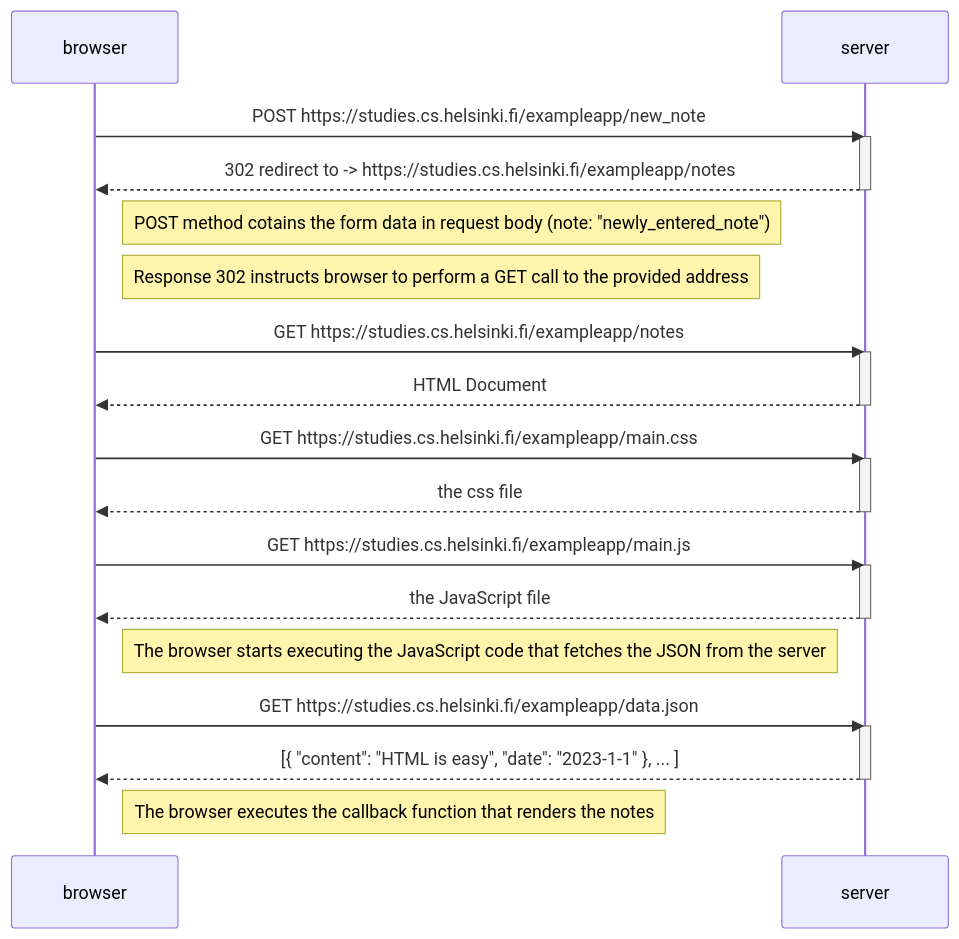
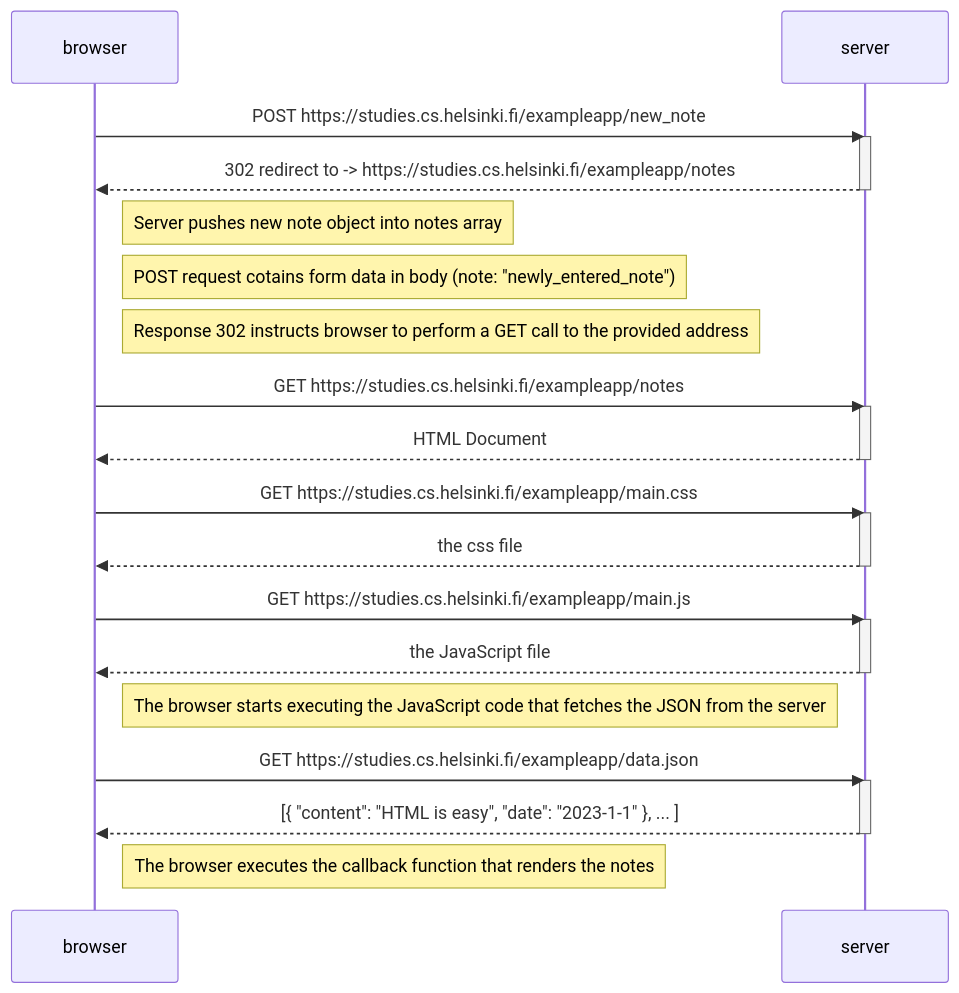
Before and after one commit to po8po9/fullstackopen_mazzarella: the diagram in part0/new_notes_diagram.md, drawn with Mermaid.

Commit message:
Update new_notes_diagram.md
details added regarding server push to notes array

````diff
--- a/part0/new_notes_diagram.md
+++ b/part0/new_notes_diagram.md
@@ -1,37 +1,38 @@
 ```mermaid
 sequenceDiagram
     participant browser
     participant server
 
     browser->>server: POST https://studies.cs.helsinki.fi/exampleapp/new_note
     activate server
     server-->>browser: 302 redirect to -> https://studies.cs.helsinki.fi/exampleapp/notes
     deactivate server
 
-    Note right of browser: POST method cotains the form data in request body (note: "newly_entered_note")
+    Note right of browser: Server pushes new note object into notes array
+    Note right of browser: POST request  cotains form data in body (note: "newly_entered_note")
     Note right of browser: Response 302 instructs browser to perform a GET call to the provided address
 
     browser->>server: GET https://studies.cs.helsinki.fi/exampleapp/notes
     activate server
     server-->>browser: HTML Document
     deactivate server
 
     browser->>server: GET https://studies.cs.helsinki.fi/exampleapp/main.css
     activate server
     server-->>browser: the css file
     deactivate server
 
     browser->>server: GET https://studies.cs.helsinki.fi/exampleapp/main.js
     activate server
     server-->>browser: the JavaScript file
     deactivate server
 
     Note right of browser: The browser starts executing the JavaScript code that fetches the JSON from the server
 
     browser->>server: GET https://studies.cs.helsinki.fi/exampleapp/data.json
     activate server
     server-->>browser: [{ "content": "HTML is easy", "date": "2023-1-1" }, ... ]
     deactivate server
 
     Note right of browser: The browser executes the callback function that renders the notes
 ```
````
